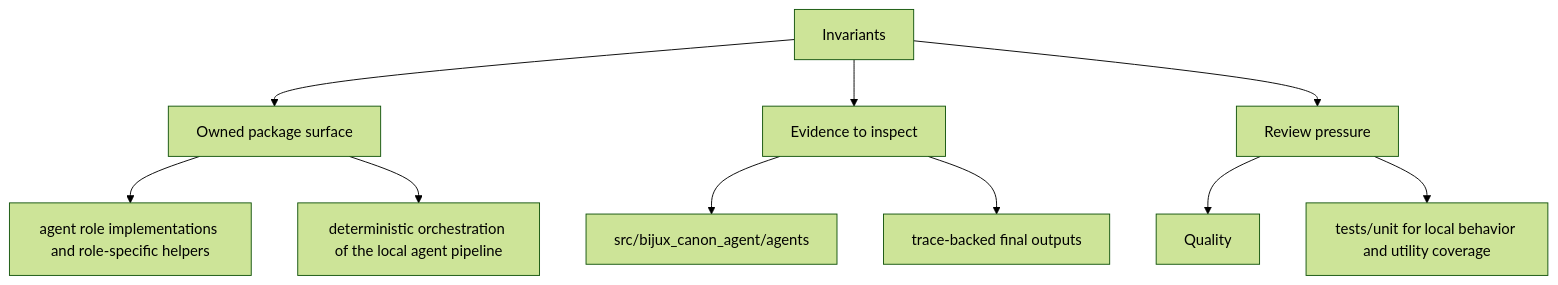
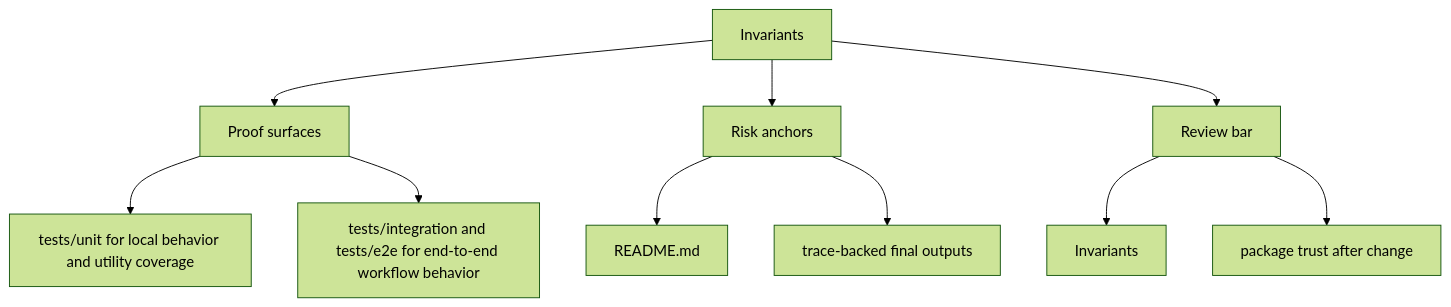
One commit to bijux/bijux-canon changed the second of 2 diagrams in docs/bijux-canon-agent/quality/invariants.md. Above: the diagram before and after it, drawn with Mermaid (forest theme). The commit also changed other lines of this file and 250 other files, not shown here.

Commit message:
docs(diagrams): make product page maps more readable

````diff
--- a/docs/bijux-canon-agent/quality/invariants.md
+++ b/docs/bijux-canon-agent/quality/invariants.md
@@ -34,22 +34,22 @@
 ```mermaid
 flowchart TD
     page["Invariants"]
-    focus1["Owned package surface"]
+    focus1["Proof surfaces"]
     page --> focus1
-    focus1_1["agent role implementations and role-specific helpers"]
+    focus1_1["tests/unit for local behavior and utility coverage"]
     focus1 --> focus1_1
-    focus1_2["deterministic orchestration of the local agent pipeline"]
+    focus1_2["tests/integration and tests/e2e for end-to-end workflow behavior"]
     focus1 --> focus1_2
-    focus2["Evidence to inspect"]
+    focus2["Risk anchors"]
     page --> focus2
-    focus2_1["src/bijux_canon_agent/agents"]
+    focus2_1["README.md"]
     focus2 --> focus2_1
     focus2_2["trace-backed final outputs"]
     focus2 --> focus2_2
-    focus3["Review pressure"]
+    focus3["Review bar"]
     page --> focus3
-    focus3_1["Quality"]
+    focus3_1["Invariants"]
     focus3 --> focus3_1
-    focus3_2["tests/unit for local behavior and utility coverage"]
+    focus3_2["package trust after change"]
     focus3 --> focus3_2
 ```
````
